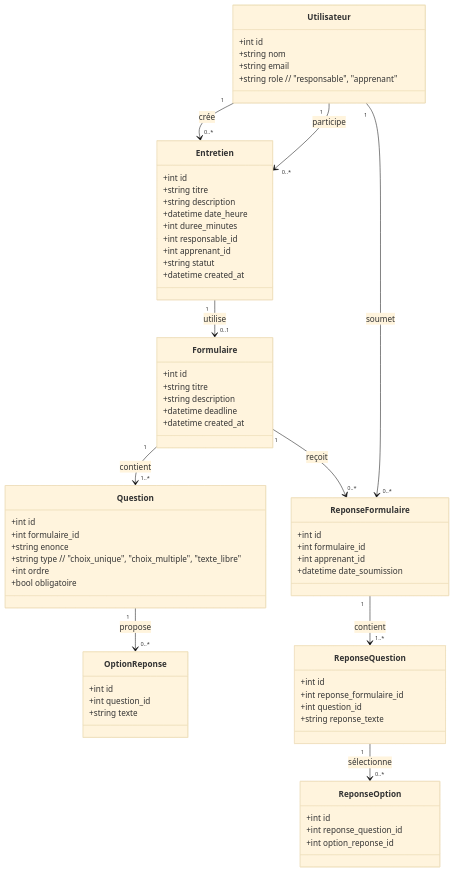
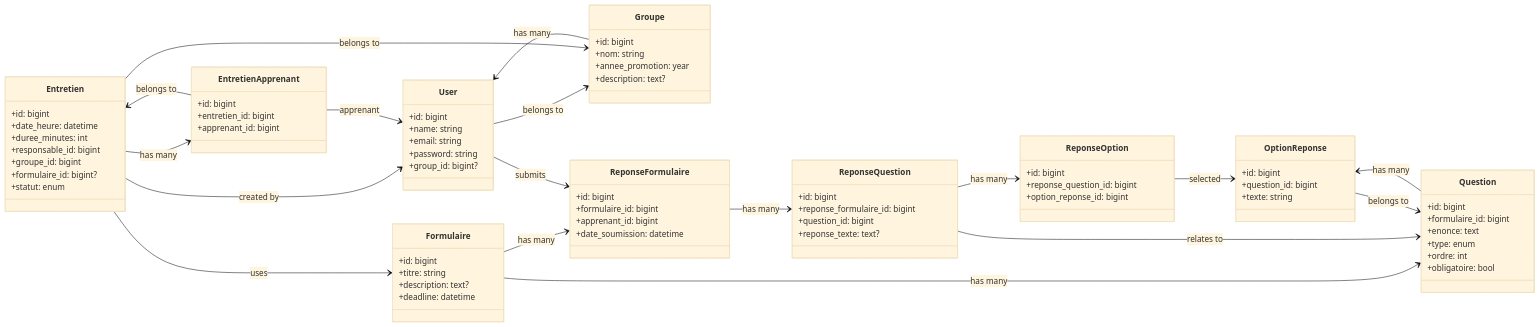
One commit to bardichoussama/FileRouge changed the diagram in Branche Technique/Conception/Diagram_Class.mmd. Above: the diagram before and after it, drawn with Mermaid (base theme).

```diff
--- a/Branche Technique/Conception/Diagram_Class.mmd
+++ b/Branche Technique/Conception/Diagram_Class.mmd
@@ -1,73 +1,100 @@
 classDiagram
+    direction LR
 
-class Utilisateur {
-  +int id
-  +string nom
-  +string email
-  +string role // "responsable", "apprenant"
-}
+    class User {
+        +id: bigint
+        +name: string
+        +email: string
+        +password: string
+        +group_id: bigint?
+    }
 
-class Entretien {
-  +int id
-  +string titre
-  +string description
-  +datetime date_heure
-  +int duree_minutes
-  +int responsable_id
-  +int apprenant_id
-  +string statut
-  +datetime created_at
-}
+    class Groupe {
+        +id: bigint
+        +nom: string
+        +annee_promotion: year
+        +description: text?
+    }
 
-class Formulaire {
-  +int id
-  +string titre
-  +string description
-  +datetime deadline
-  +datetime created_at
-}
+    class Formulaire {
+        +id: bigint
+        +titre: string
+        +description: text?
+        +deadline: datetime
+    }
 
-class Question {
-  +int id
-  +int formulaire_id
-  +string enonce
-  +string type // "choix_unique", "choix_multiple", "texte_libre"
-  +int ordre
-  +bool obligatoire
-}
+    class Question {
+        +id: bigint
+        +formulaire_id: bigint
+        +enonce: text
+        +type: enum
+        +ordre: int
+        +obligatoire: bool
+    }
 
-class OptionReponse {
-  +int id
-  +int question_id
-  +string texte
-}
+    class OptionReponse {
+        +id: bigint
+        +question_id: bigint
+        +texte: string
+    }
 
-class ReponseFormulaire {
-  +int id
-  +int formulaire_id
-  +int apprenant_id
-  +datetime date_soumission
-}
+    class Entretien {
+        +id: bigint
+        +date_heure: datetime
+        +duree_minutes: int
+        +responsable_id: bigint
+        +groupe_id: bigint
+        +formulaire_id: bigint?
+        +statut: enum
+    }
 
-class ReponseQuestion {
-  +int id
-  +int reponse_formulaire_id
-  +int question_id
-  +string reponse_texte
-}
+    class EntretienApprenant {
+        +id: bigint
+        +entretien_id: bigint
+        +apprenant_id: bigint
+    }
 
-class ReponseOption {
-  +int id
-  +int reponse_question_id
-  +int option_reponse_id
-}
+    class ReponseFormulaire {
+        +id: bigint
+        +formulaire_id: bigint
+        +apprenant_id: bigint
+        +date_soumission: datetime
+    }
 
-Utilisateur "1" --> "0..*" Entretien : crée
-Utilisateur "1" --> "0..*" Entretien : participe
-Entretien "1" --> "0..1" Formulaire : utilise
-Formulaire "1" --> "1..*" Question : contient
-Question "1" --> "0..*" OptionReponse : propose
-Utilisateur "1" --> "0..*" ReponseFormulaire : soumet
-Formulaire "1" --> "0..*" ReponseFormulaire : reçoit
-ReponseFormulaire "1" --> "1..*" ReponseQuestion : contient
-ReponseQuestion "1" --> "0..*" ReponseOption : sélectionne
+    class ReponseQuestion {
+        +id: bigint
+        +reponse_formulaire_id: bigint
+        +question_id: bigint
+        +reponse_texte: text?
+    }
+
+    class ReponseOption {
+        +id: bigint
+        +reponse_question_id: bigint
+        +option_reponse_id: bigint
+    }
+
+    %% Relationships
+    User --> Groupe : belongs to
+    Groupe --> User : has many
+
+    Formulaire --> Question : has many
+    Question --> OptionReponse : has many
+
+    Entretien --> Groupe : belongs to
+    Entretien --> Formulaire : uses
+    Entretien --> User : created by
+    Entretien --> EntretienApprenant : has many
+
+    EntretienApprenant --> Entretien : belongs to
+    EntretienApprenant --> User : apprenant
+
+    Formulaire --> ReponseFormulaire : has many
+    User --> ReponseFormulaire : submits
+
+    ReponseFormulaire --> ReponseQuestion : has many
+    ReponseQuestion --> ReponseOption : has many
+    ReponseQuestion --> Question : relates to
+
+    OptionReponse --> Question : belongs to
+    ReponseOption --> OptionReponse : selected
```
